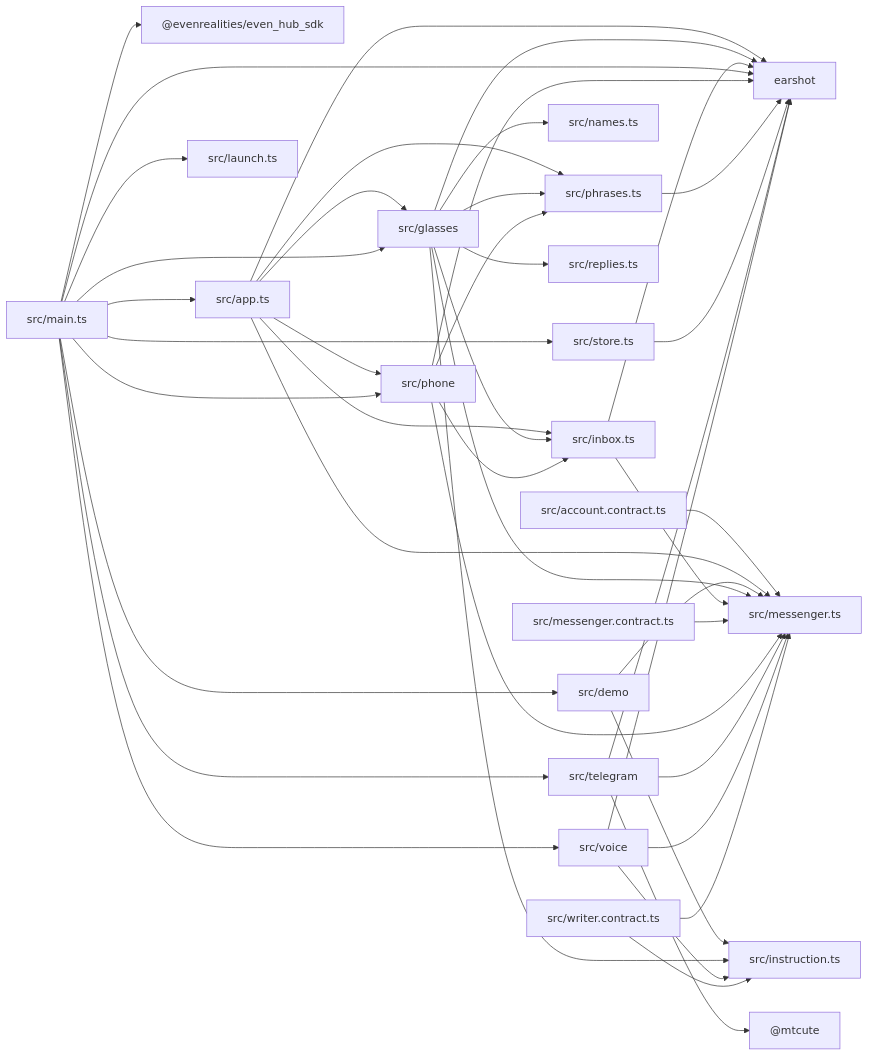
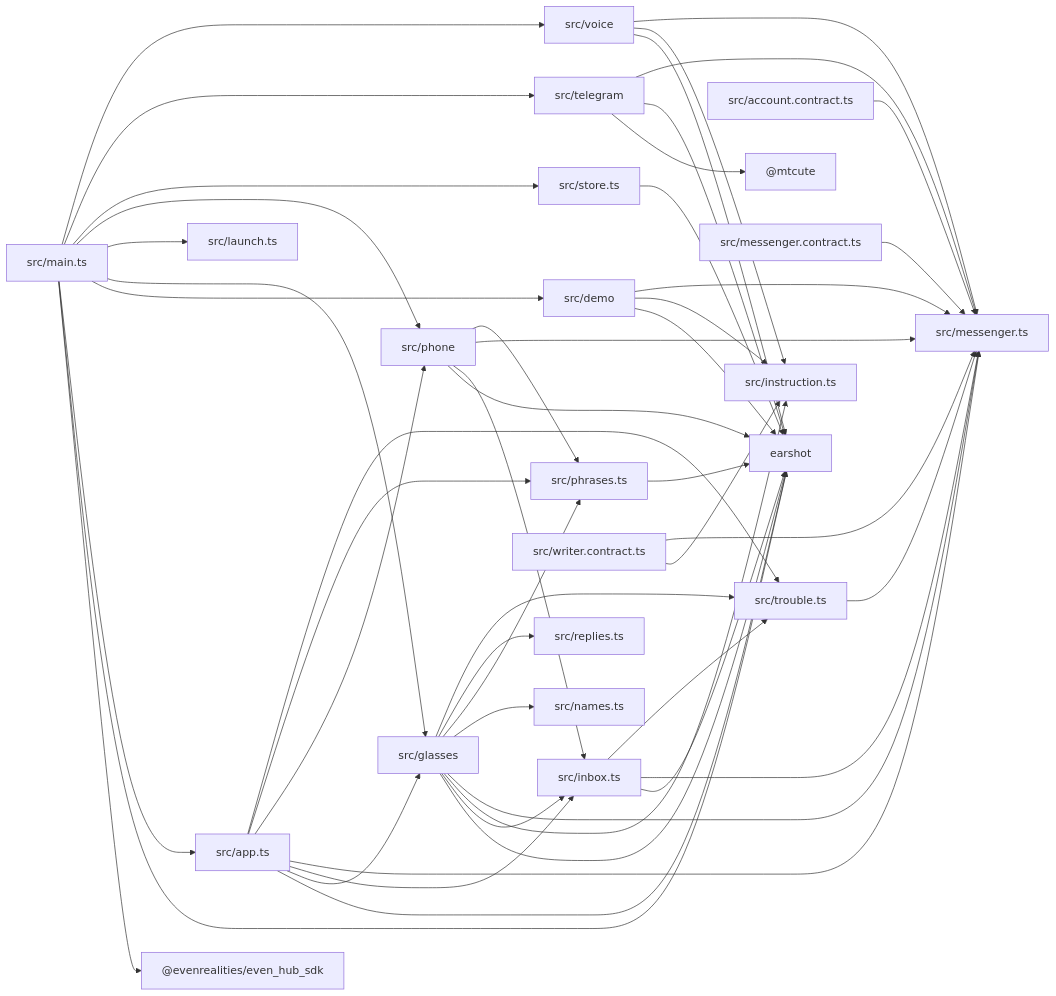
One commit to jarekbird/paper-plane changed the second of 2 diagrams in docs/architecture.md. Above: the diagram before and after it, drawn with Mermaid. The commit also changed other lines of this file and 61 other files, not shown here.

````diff
--- a/docs/architecture.md
+++ b/docs/architecture.md
@@ -67,67 +79,73 @@
 ```mermaid
 flowchart LR
   _evenrealities_even_hub_sdk["@evenrealities/even_hub_sdk"]
   _mtcute["@mtcute"]
   earshot["earshot"]
   src_account_contract_ts["src/account.contract.ts"]
   src_app_ts["src/app.ts"]
   src_demo["src/demo"]
   src_glasses["src/glasses"]
   src_inbox_ts["src/inbox.ts"]
   src_instruction_ts["src/instruction.ts"]
   src_launch_ts["src/launch.ts"]
   src_main_ts["src/main.ts"]
   src_messenger_contract_ts["src/messenger.contract.ts"]
   src_messenger_ts["src/messenger.ts"]
   src_names_ts["src/names.ts"]
   src_phone["src/phone"]
   src_phrases_ts["src/phrases.ts"]
   src_replies_ts["src/replies.ts"]
   src_store_ts["src/store.ts"]
   src_telegram["src/telegram"]
+  src_trouble_ts["src/trouble.ts"]
   src_voice["src/voice"]
   src_writer_contract_ts["src/writer.contract.ts"]
   src_account_contract_ts --> src_messenger_ts
   src_app_ts --> earshot
   src_app_ts --> src_glasses
   src_app_ts --> src_inbox_ts
   src_app_ts --> src_messenger_ts
   src_app_ts --> src_phone
   src_app_ts --> src_phrases_ts
+  src_app_ts --> src_trouble_ts
+  src_demo --> earshot
   src_demo --> src_instruction_ts
   src_demo --> src_messenger_ts
   src_glasses --> earshot
   src_glasses --> src_inbox_ts
   src_glasses --> src_instruction_ts
   src_glasses --> src_messenger_ts
   src_glasses --> src_names_ts
   src_glasses --> src_phrases_ts
   src_glasses --> src_replies_ts
+  src_glasses --> src_trouble_ts
   src_inbox_ts --> earshot
   src_inbox_ts --> src_messenger_ts
+  src_inbox_ts --> src_trouble_ts
   src_main_ts --> _evenrealities_even_hub_sdk
   src_main_ts --> earshot
   src_main_ts --> src_app_ts
   src_main_ts --> src_demo
   src_main_ts --> src_glasses
   src_main_ts --> src_launch_ts
   src_main_ts --> src_phone
   src_main_ts --> src_store_ts
   src_main_ts --> src_telegram
   src_main_ts --> src_voice
   src_messenger_contract_ts --> src_messenger_ts
   src_phone --> earshot
   src_phone --> src_inbox_ts
   src_phone --> src_messenger_ts
   src_phone --> src_phrases_ts
   src_phrases_ts --> earshot
   src_store_ts --> earshot
   src_telegram --> _mtcute
   src_telegram --> earshot
   src_telegram --> src_messenger_ts
+  src_trouble_ts --> src_messenger_ts
   src_voice --> earshot
   src_voice --> src_instruction_ts
   src_voice --> src_messenger_ts
   src_writer_contract_ts --> src_instruction_ts
   src_writer_contract_ts --> src_messenger_ts
 ```
````
